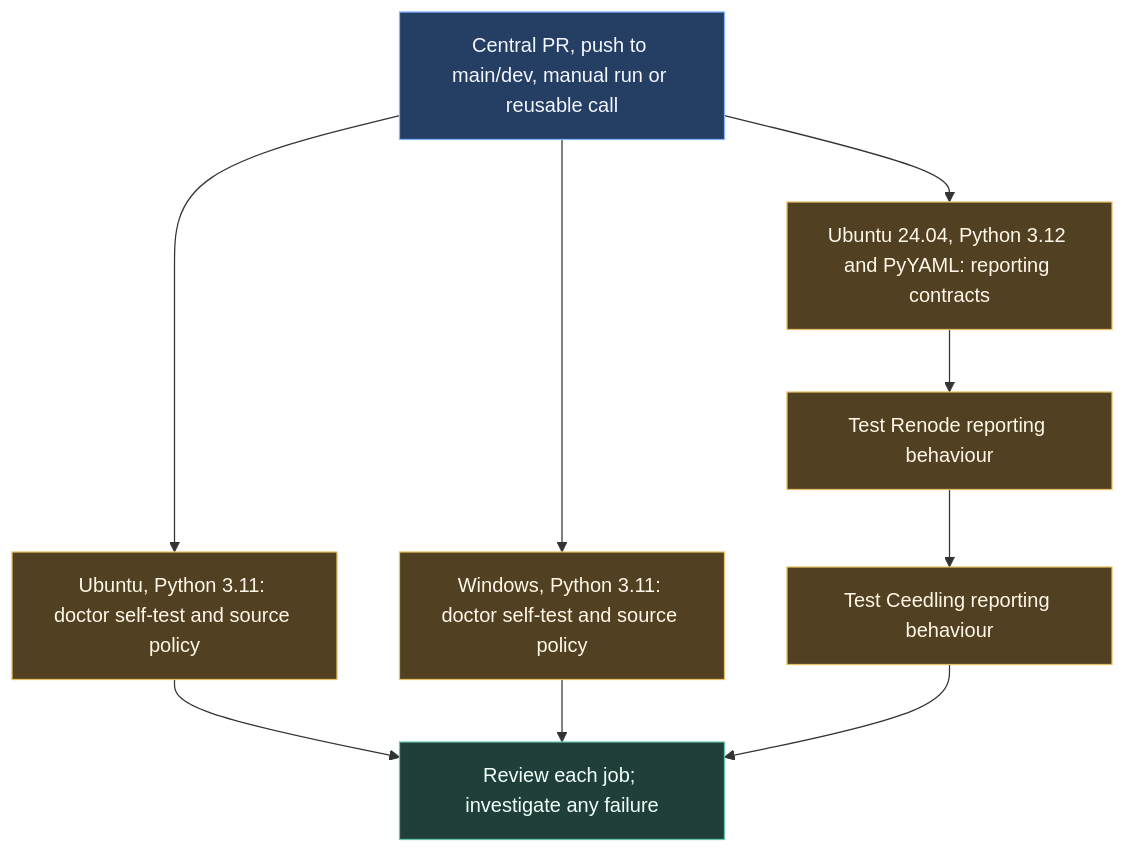
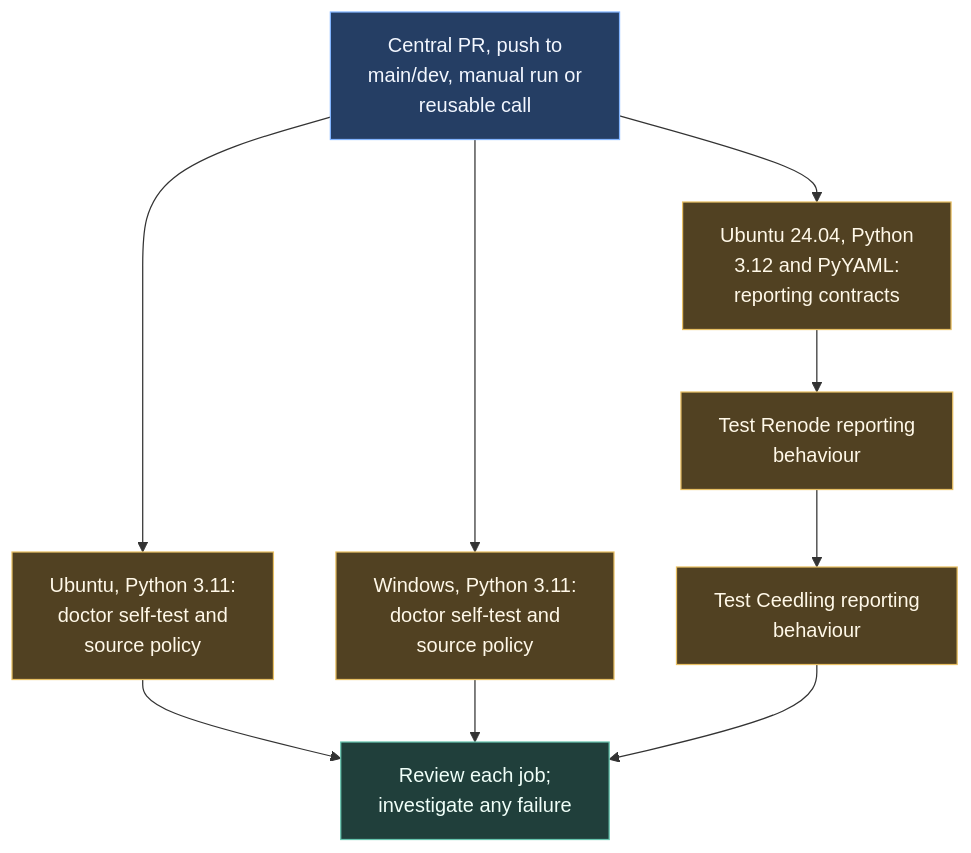
Before and after one commit to ARTTU-Software/.github: the first of 2 diagrams in docs/ci/harness-checks.md, drawn with Mermaid. The commit also changed other lines of this file and 12 other files, not shown here.

Commit message:
docs: keep diagram labels readable within their nodes

````diff
--- a/docs/ci/harness-checks.md
+++ b/docs/ci/harness-checks.md
@@ -10,17 +10,17 @@
 ```mermaid
 flowchart TB
-    EVENT["Central PR, push to main/dev, manual run or reusable call"] --> LINUX["Ubuntu, Python 3.11: doctor self-test and source policy"]
-    EVENT --> WINDOWS["Windows, Python 3.11: doctor self-test and source policy"]
-    EVENT --> REPORT["Ubuntu 24.04, Python 3.12 and PyYAML: reporting contracts"]
-    REPORT --> RENODE["Test Renode reporting behaviour"]
-    RENODE --> CEEDLING["Test Ceedling reporting behaviour"]
-    LINUX --> RESULTS["Review each job; investigate any failure"]
+    EVENT["Central PR, push to<br/>main/dev, manual run or<br/>reusable call"] --> LINUX["Ubuntu, Python 3.11:<br/>doctor self-test and<br/>source policy"]
+    EVENT --> WINDOWS["Windows, Python 3.11:<br/>doctor self-test and<br/>source policy"]
+    EVENT --> REPORT["Ubuntu 24.04, Python<br/>3.12 and PyYAML:<br/>reporting contracts"]
+    REPORT --> RENODE["Test Renode reporting<br/>behaviour"]
+    RENODE --> CEEDLING["Test Ceedling reporting<br/>behaviour"]
+    LINUX --> RESULTS["Review each job;<br/>investigate any failure"]
     WINDOWS --> RESULTS
     CEEDLING --> RESULTS
     classDef event fill:#253e64,stroke:#82b4ff,color:#f3f7ff
     classDef work fill:#203f3b,stroke:#66c5ae,color:#f0fff9
     classDef check fill:#514122,stroke:#e8bf63,color:#fff8e8
     class EVENT event
     class LINUX,WINDOWS,REPORT,RENODE,CEEDLING check
     class RESULTS work
 ```
````
